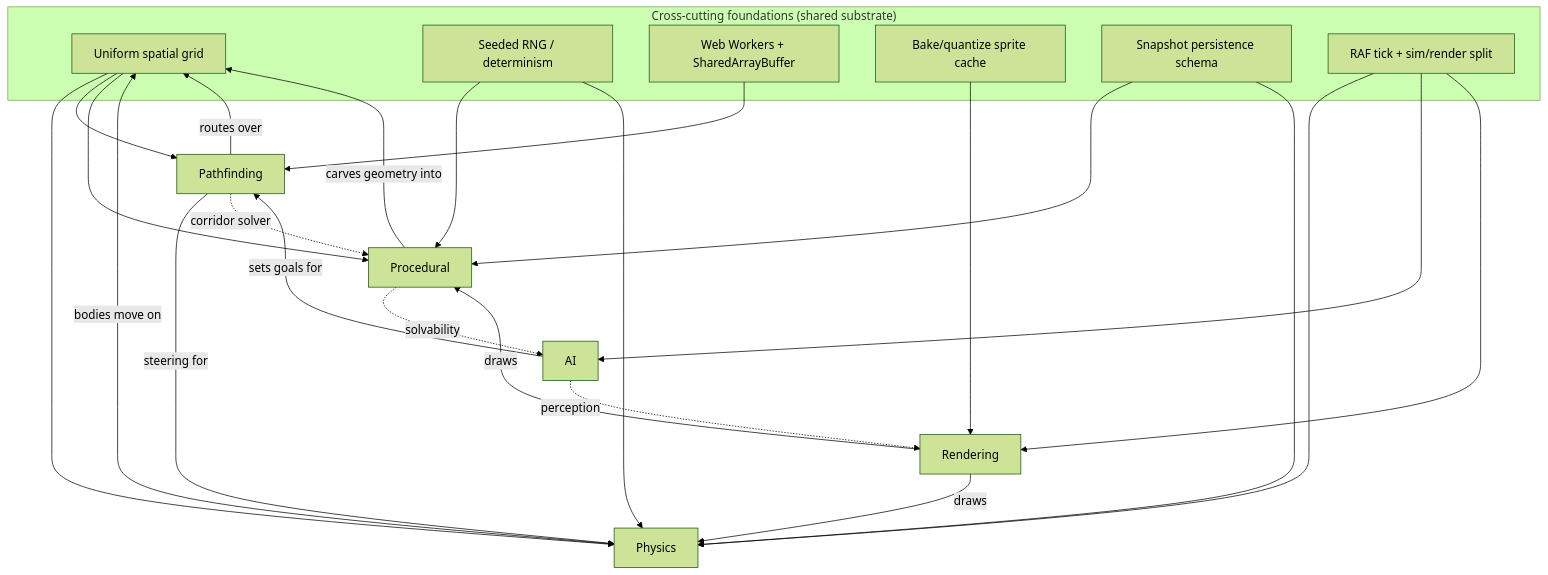
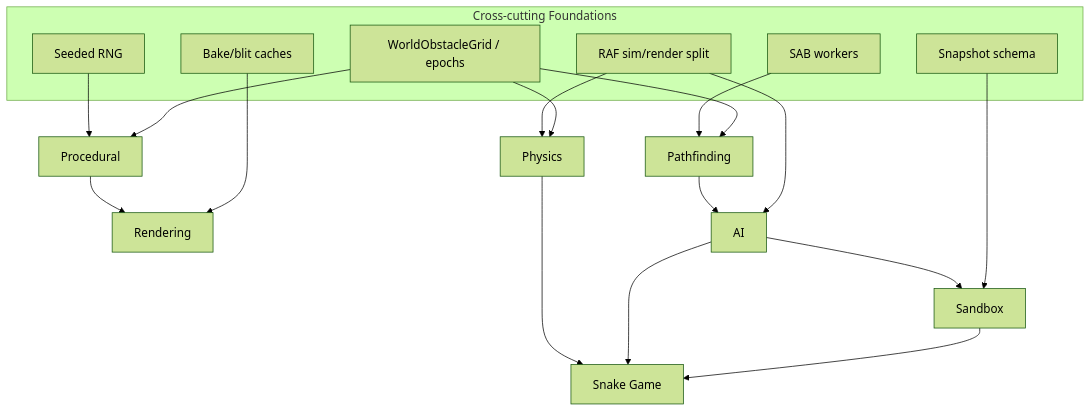
The diagram in Plans/ROADMAP.md (mistercatface/tower), drawn with Mermaid (forest theme) before and after one commit. The commit also changed other lines of this file and 10 other files, not shown here.

````diff
--- a/Plans/ROADMAP.md
+++ b/Plans/ROADMAP.md
@@ -107,34 +91,35 @@
 ```mermaid
 flowchart TB
-    subgraph FOUND["Cross-cutting foundations (shared substrate)"]
-        G[Uniform spatial grid]
-        R[Seeded RNG / determinism]
-        W[Web Workers + SharedArrayBuffer]
-        C[Bake/quantize sprite cache]
-        P[Snapshot persistence schema]
-        L[RAF tick + sim/render split]
+    subgraph foundations [Cross-cutting Foundations]
+        grid["WorldObstacleGrid / epochs"]
+        rng["Seeded RNG"]
+        workers["SAB workers"]
+        cache["Bake/blit caches"]
+        snapshot["Snapshot schema"]
+        tick["RAF sim/render split"]
     end
 
-    PHYS[Physics]
-    PATH[Pathfinding]
-    REND[Rendering]
-    PROC[Procedural]
-    AI[AI]
+    physics[Physics]
+    pathfinding[Pathfinding]
+    rendering[Rendering]
+    procedural[Procedural]
+    ai[AI]
+    sandbox[Sandbox]
+    snake["Snake Game"]
 
-    G --> PHYS & PATH & PROC
-    R --> PROC & PHYS
-    W --> PATH
-    C --> REND
-    P --> PROC & PHYS
-    L --> PHYS & AI & REND
-
-    PROC -->|carves geometry into| G
-    PHYS -->|bodies move on| G
-    PATH -->|routes over| G
-    REND -->|draws| PROC & PHYS
-    AI -->|sets goals for| PATH
-    PATH -->|steering for| PHYS
-    AI -.perception.-> REND
-    PROC -.solvability.-> AI
-    PATH -.corridor solver.-> PROC
+    grid --> physics
+    grid --> pathfinding
+    grid --> procedural
+    workers --> pathfinding
+    cache --> rendering
+    rng --> procedural
+    snapshot --> sandbox
+    tick --> physics
+    tick --> ai
+    procedural --> rendering
+    pathfinding --> ai
+    ai --> sandbox
+    sandbox --> snake
+    ai --> snake
+    physics --> snake
 ```
````
